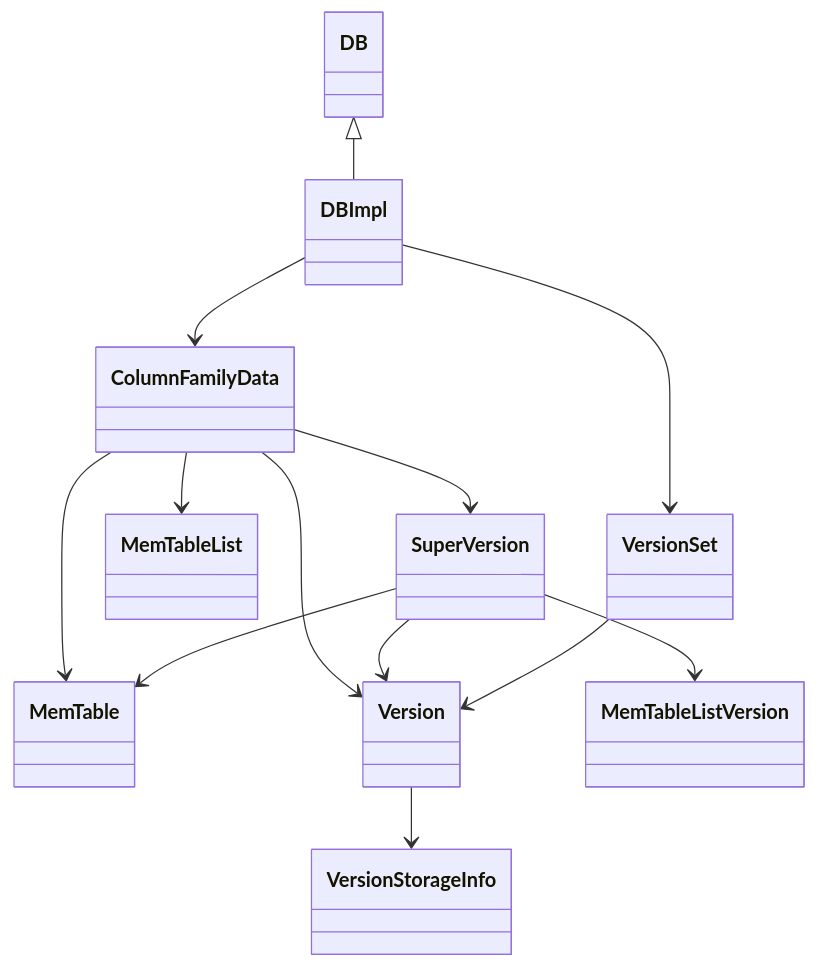
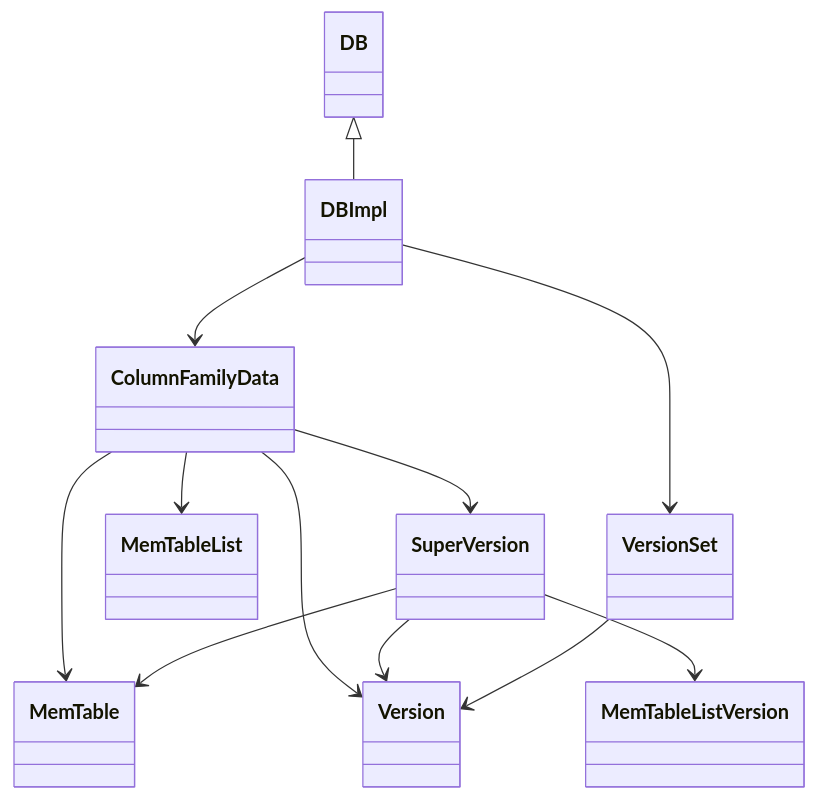
One commit to Dog-Du/Dog-Du.github.io changed the second of 2 diagrams in content/posts/learning-rocksdb-day001-2026-04-01-architecture-and-lsm-tree.md. Above: the diagram before and after it, drawn with Mermaid. The commit also changed other lines of this file and 3 other files, not shown here.

````diff
--- a/content/posts/learning-rocksdb-day001-2026-04-01-architecture-and-lsm-tree.md
+++ b/content/posts/learning-rocksdb-day001-2026-04-01-architecture-and-lsm-tree.md
@@ -96,15 +78,14 @@
 ```mermaid
 classDiagram
     DB <|-- DBImpl
     DBImpl --> ColumnFamilyData
     DBImpl --> VersionSet
     ColumnFamilyData --> MemTable
     ColumnFamilyData --> MemTableList
     ColumnFamilyData --> Version
     ColumnFamilyData --> SuperVersion
     SuperVersion --> MemTable
     SuperVersion --> MemTableListVersion
     SuperVersion --> Version
     VersionSet --> Version
-    Version --> VersionStorageInfo
 ```
````
